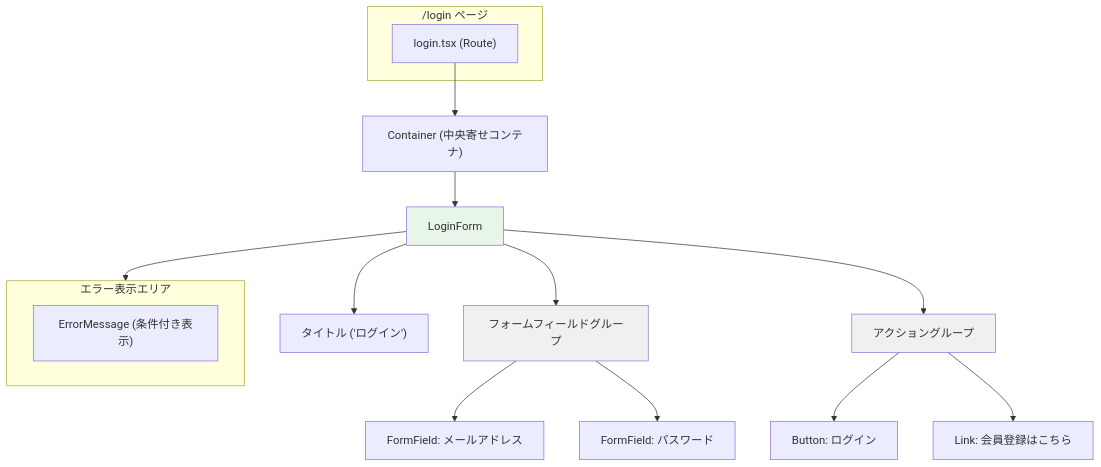
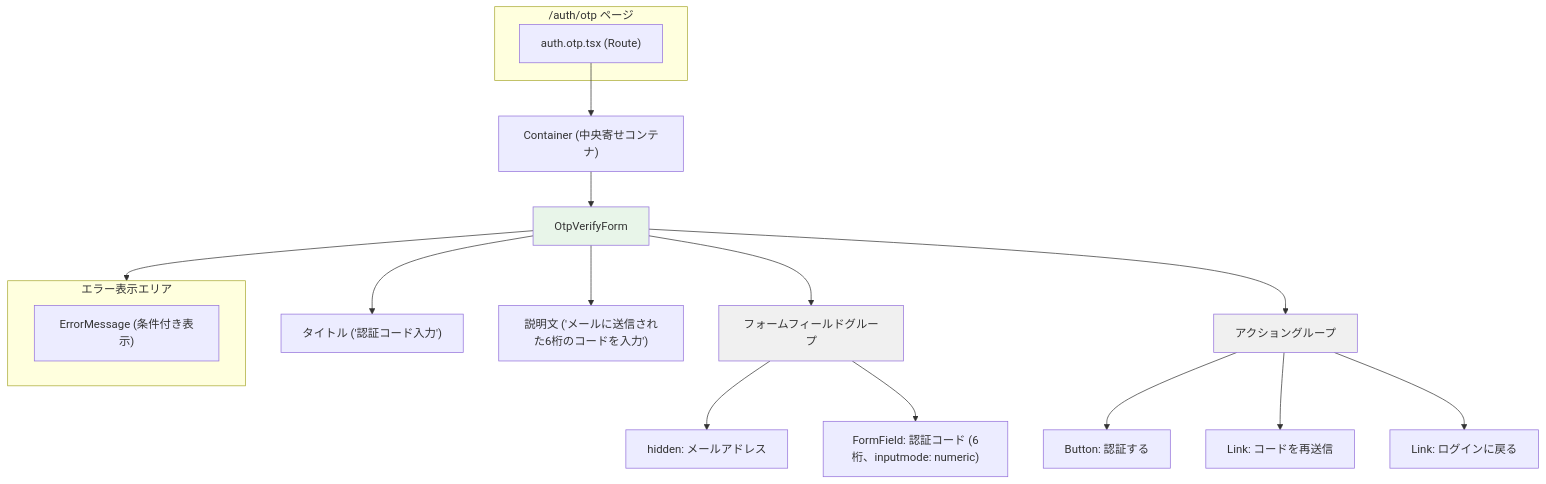
One commit to tezuka-Akihiro/ClaudeMix changed the third of 10 diagrams in develop/account/authentication/uiux-spec.md. Above: the diagram before and after it, drawn with Mermaid. The commit also changed other lines of this file and 6 other files, not shown here.

````diff
--- a/develop/account/authentication/uiux-spec.md
+++ b/develop/account/authentication/uiux-spec.md
@@ -159,29 +237,31 @@
 ```mermaid
 graph TD
-    subgraph LoginPage["/login ページ"]
-        Route["login.tsx (Route)"]
+    subgraph OtpVerifyPage["/auth/otp ページ"]
+        Route["auth.otp.tsx (Route)"]
     end
 
     Route --> Container["Container (中央寄せコンテナ)"]
-    Container --> LoginForm["LoginForm"]
+    Container --> OtpVerifyForm["OtpVerifyForm"]
 
-    LoginForm --> Title["タイトル ('ログイン')"]
-    LoginForm --> FieldGroup["フォームフィールドグループ"]
-    LoginForm --> Actions["アクショングループ"]
+    OtpVerifyForm --> Title["タイトル ('認証コード入力')"]
+    OtpVerifyForm --> Description["説明文 ('メールに送信された6桁のコードを入力')"]
+    OtpVerifyForm --> FieldGroup["フォームフィールドグループ"]
+    OtpVerifyForm --> Actions["アクショングループ"]
 
-    FieldGroup --> EmailField["FormField: メールアドレス"]
-    FieldGroup --> PasswordField["FormField: パスワード"]
+    FieldGroup --> HiddenEmail["hidden: メールアドレス"]
+    FieldGroup --> OtpCodeField["FormField: 認証コード (6桁、inputmode: numeric)"]
 
-    Actions --> SubmitButton["Button: ログイン"]
-    Actions --> RegisterLink["Link: 会員登録はこちら"]
+    Actions --> VerifyButton["Button: 認証する"]
+    Actions --> ResendLink["Link: コードを再送信"]
+    Actions --> BackLink["Link: ログインに戻る"]
 
     subgraph ErrorDisplay["エラー表示エリア"]
         ErrorMessage["ErrorMessage (条件付き表示)"]
     end
 
-    LoginForm --> ErrorDisplay
+    OtpVerifyForm --> ErrorDisplay
 
-    style LoginForm fill:#e8f5e9
+    style OtpVerifyForm fill:#e8f5e9
     style FieldGroup fill:#f0f0f0
     style Actions fill:#f0f0f0
 ```
````
